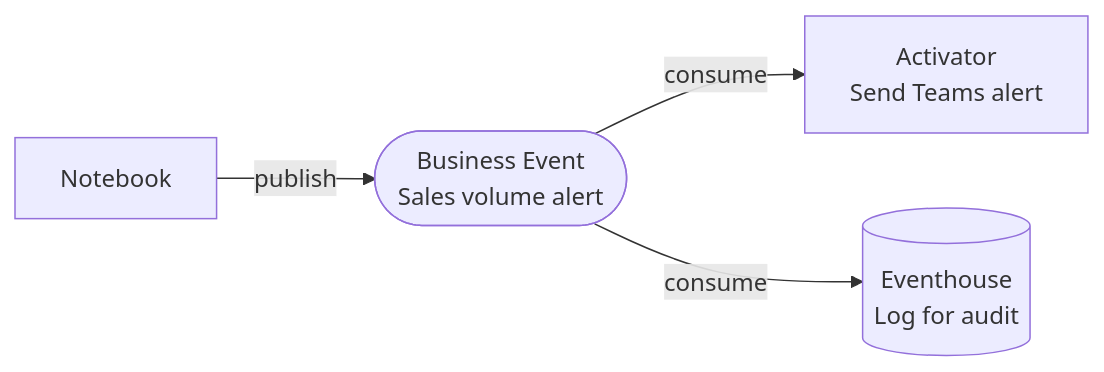
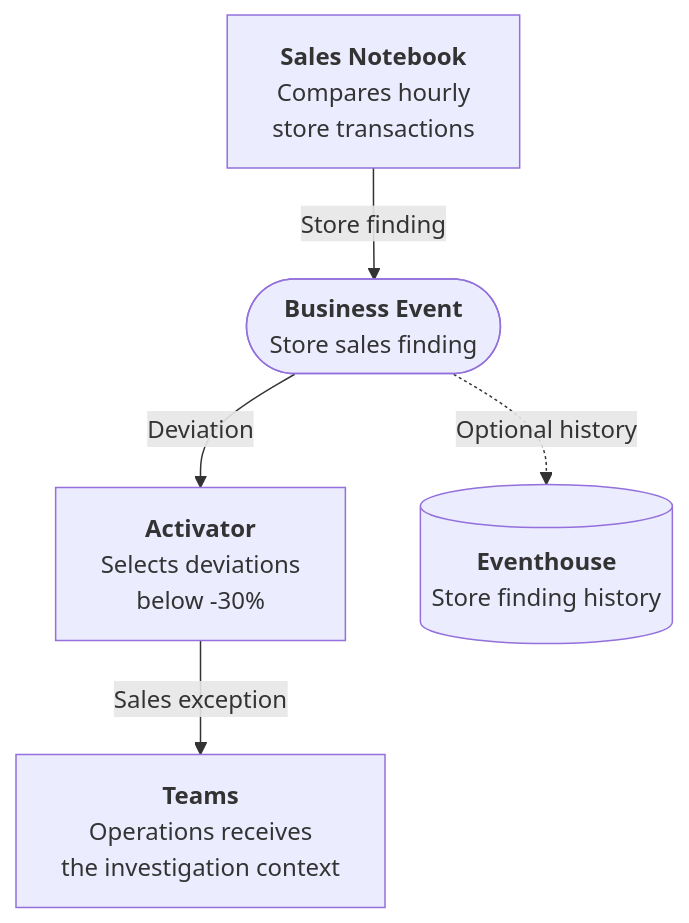
Before and after one commit to microsoft/fabric-events: the third of 3 diagrams in docs/business-events/introduction/architecture-overview.md, drawn with Mermaid. The commit also changed other lines of this file and 225 other files, not shown here.

First line of the commit message:
Publish public Business Events scenarios and refreshed documentation

````diff
--- a/docs/business-events/introduction/architecture-overview.md
+++ b/docs/business-events/introduction/architecture-overview.md
@@ -92,6 +89,13 @@
 ```mermaid
-flowchart LR
-    NB[Notebook] -->|publish| BE(["Business Event<br/>Sales volume alert"])
-    BE -->|consume| ACT["Activator<br/>Send Teams alert"]
-    BE -->|consume| EH[("Eventhouse<br/>Log for audit")]
+flowchart TB
+    NB["<b>Sales Notebook</b><br/>Compares hourly<br/>store transactions"]
+    BE(["<b>Business Event</b><br/>Store sales finding"])
+    ACT["<b>Activator</b><br/>Selects deviations<br/>below -30%"]
+    T["<b>Teams</b><br/>Operations receives<br/>the investigation context"]
+    EH[("<b>Eventhouse</b><br/>Store finding history")]
+
+    NB -->|"Store finding"| BE
+    BE -->|"Deviation"| ACT
+    ACT -->|"Sales exception"| T
+    BE -.->|"Optional history"| EH
 ```
````
